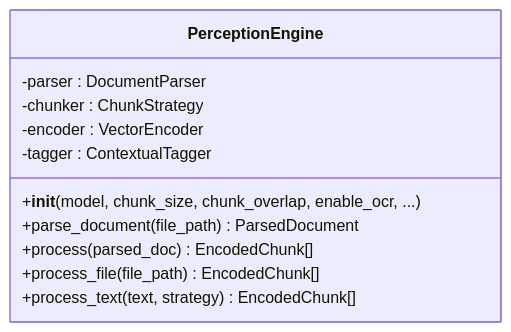
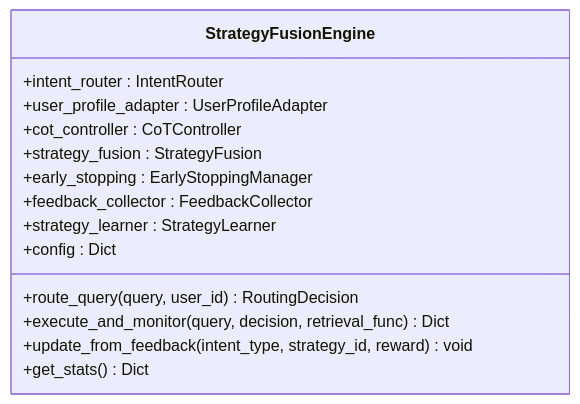
Before and after one commit to JieGaoPrinceton/NecoRAG: the third of 7 diagrams in .qoder/repowiki/zh/content/感知引擎模块/感知引擎模块.md, drawn with Mermaid. The commit also changed other lines of this file and 82 other files, not shown here.

````diff
--- a/.qoder/repowiki/zh/content/感知引擎模块/感知引擎模块.md
+++ b/.qoder/repowiki/zh/content/感知引擎模块/感知引擎模块.md
@@ -136,14 +127,17 @@
 ```mermaid
 classDiagram
-class PerceptionEngine {
-+__init__(model, chunk_size, chunk_overlap, enable_ocr, ...)
-+parse_document(file_path) ParsedDocument
-+process(parsed_doc) EncodedChunk[]
-+process_file(file_path) EncodedChunk[]
-+process_text(text, strategy) EncodedChunk[]
--parser : DocumentParser
--chunker : ChunkStrategy
--encoder : VectorEncoder
--tagger : ContextualTagger
+class StrategyFusionEngine {
++intent_router : IntentRouter
++user_profile_adapter : UserProfileAdapter
++cot_controller : CoTController
++strategy_fusion : StrategyFusion
++early_stopping : EarlyStoppingManager
++feedback_collector : FeedbackCollector
++strategy_learner : StrategyLearner
++config : Dict
++route_query(query, user_id) RoutingDecision
++execute_and_monitor(query, decision, retrieval_func) Dict
++update_from_feedback(intent_type, strategy_id, reward) void
++get_stats() Dict
 }
 ```
````
